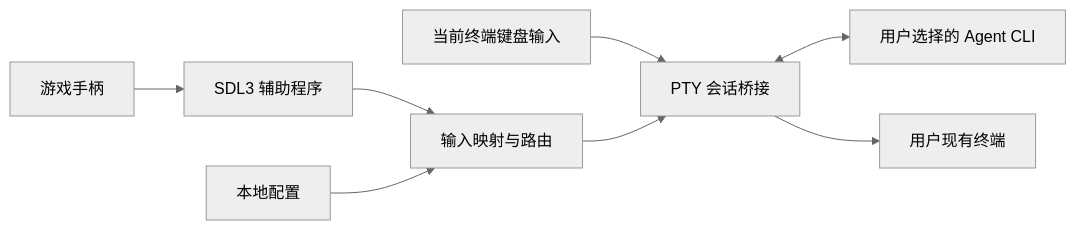
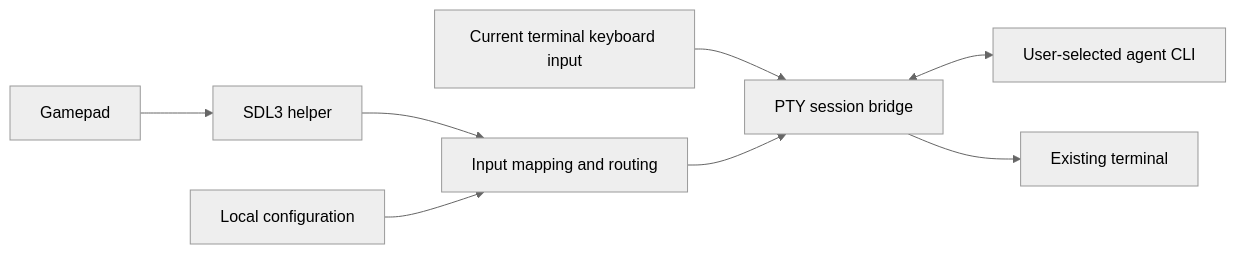
The diagram in docs/architecture.md (thinxpro/padcode), drawn with Mermaid (neutral theme) before and after one commit. The commit also changed other lines of this file and 15 other files, not shown here.

````diff
--- a/docs/architecture.md
+++ b/docs/architecture.md
@@ -7,10 +7,10 @@
 ```mermaid
 flowchart LR
-  Controller[游戏手柄] --> Helper[SDL3 辅助程序]
-  Helper --> Router[输入映射与路由]
-  Keyboard[当前终端键盘输入] --> PTY[PTY 会话桥接]
+  Controller[Gamepad] --> Helper[SDL3 helper]
+  Helper --> Router[Input mapping and routing]
+  Keyboard[Current terminal keyboard input] --> PTY[PTY session bridge]
   Router --> PTY
-  PTY <--> Agent[用户选择的 Agent CLI]
-  PTY --> Terminal[用户现有终端]
-  Config[本地配置] --> Router
+  PTY <--> Agent[User-selected agent CLI]
+  PTY --> Terminal[Existing terminal]
+  Config[Local configuration] --> Router
 ```
````
